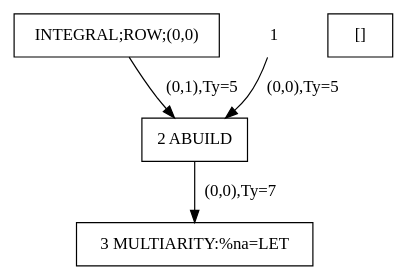
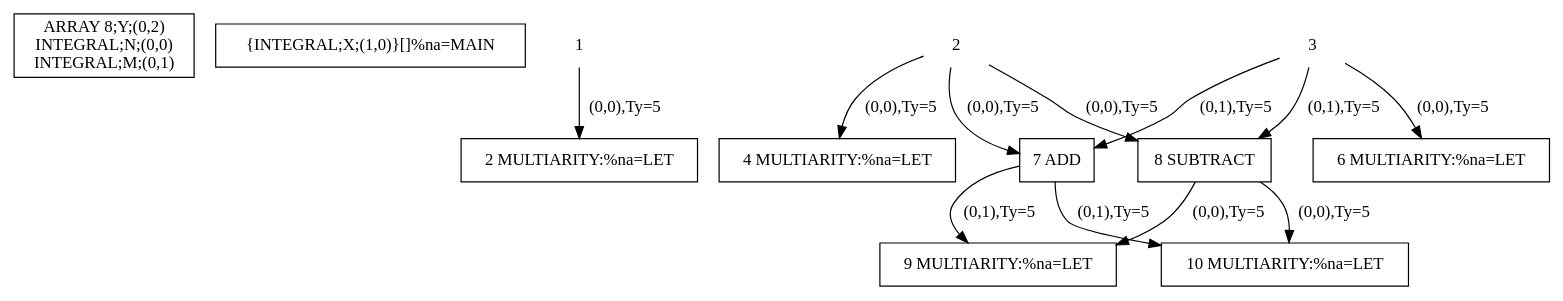
One commit to qram9/sisal changed the diagram in exp.dot. Above: the diagram before and after it, drawn with Graphviz. The commit also changed 6 other files, not shown here.

```diff
--- a/exp.dot
+++ b/exp.dot
@@ -1,10 +1,25 @@
 digraph R {
 newrank=true;
-IN00 [shape=rect;label="INTEGRAL;ROW;(0,0)"];
-OUT00 [shape=rect;label="[]"];
+IN00 [shape=rect;label="ARRAY 8;Y;(0,2)\nINTEGRAL;N;(0,0)\nINTEGRAL;M;(0,1)"];
+OUT00 [shape=rect;label="{INTEGRAL;X;(1,0)}[]%na=MAIN"];
 01 [shape=plaintext;label="1"];
-02 [shape=rect;label="2 ABUILD"];
-03 [shape=rect;label="3 MULTIARITY:%na=LET"]
-IN00 ->  02 [label="(0,1),Ty=5"]
+02 [shape=rect;label="2 MULTIARITY:%na=LET"];
+03 [shape=plaintext;label="2"];
+04 [shape=rect;label="4 MULTIARITY:%na=LET"];
+05 [shape=plaintext;label="3"];
+06 [shape=rect;label="6 MULTIARITY:%na=LET"];
+07 [shape=rect;label="7 ADD"];
+08 [shape=rect;label="8 SUBTRACT"];
+09 [shape=rect;label="9 MULTIARITY:%na=LET"];
+010 [shape=rect;label="10 MULTIARITY:%na=LET"]
 01 ->  02 [label="(0,0),Ty=5"]
-02 ->  03 [label="(0,0),Ty=7"]}
+03 ->  04 [label="(0,0),Ty=5"]
+03 ->  07 [label="(0,0),Ty=5"]
+03 ->  08 [label="(0,0),Ty=5"]
+05 ->  06 [label="(0,0),Ty=5"]
+05 ->  07 [label="(0,1),Ty=5"]
+05 ->  08 [label="(0,1),Ty=5"]
+07 ->  09 [label="(0,1),Ty=5"]
+07 ->  010 [label="(0,1),Ty=5"]
+08 ->  09 [label="(0,0),Ty=5"]
+08 ->  010 [label="(0,0),Ty=5"]}
```
